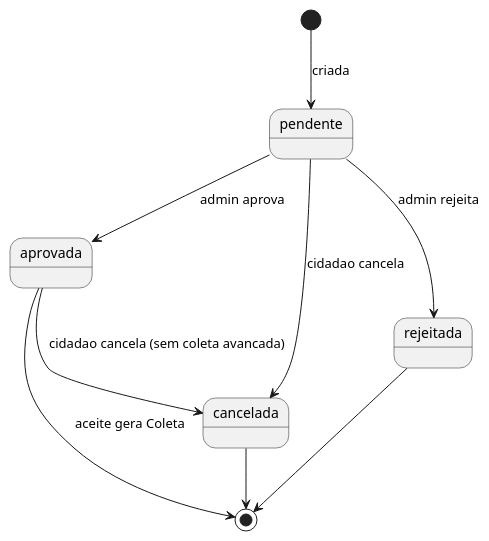
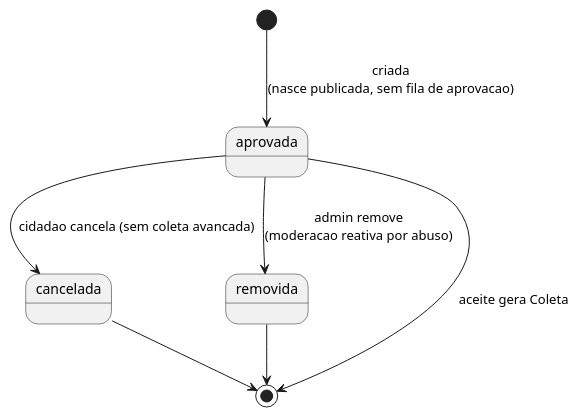
Before and after one commit to lononeiro/olx-ecologico: the first of 3 diagrams in uml/8-arquitetura/estados.puml, drawn with PlantUML. The commit also changed 53 other files, not shown here.

First line of the commit message:
docs(uml): revisao dos diagramas e sincronizacao docs/ com uml/

```diff
--- a/uml/8-arquitetura/estados.puml
+++ b/uml/8-arquitetura/estados.puml
@@ -1,11 +1,9 @@
 @startuml estado-solicitacao
 ' Estados - SolicitacaoColeta
-[*] --> pendente : criada
-pendente --> aprovada : admin aprova
-pendente --> rejeitada : admin rejeita
-pendente --> cancelada : cidadao cancela
+[*] --> aprovada : criada\n(nasce publicada, sem fila de aprovacao)
 aprovada --> cancelada : cidadao cancela (sem coleta avancada)
+aprovada --> removida : admin remove\n(moderacao reativa por abuso)
 aprovada --> [*] : aceite gera Coleta
-rejeitada --> [*]
 cancelada --> [*]
+removida --> [*]
 @enduml
```
